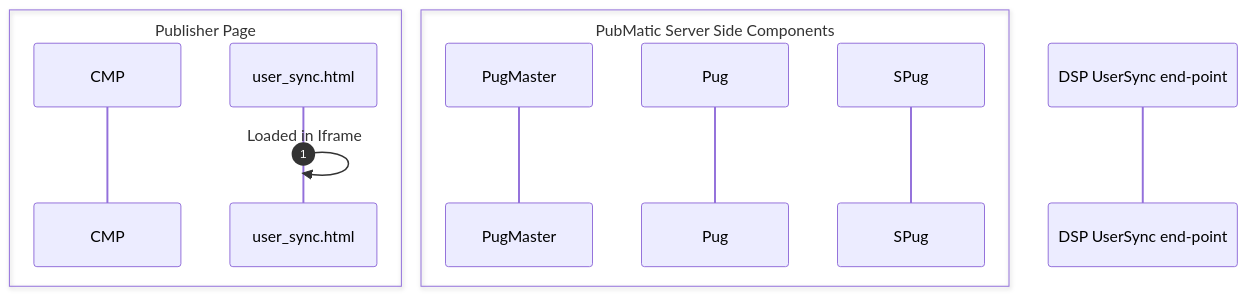
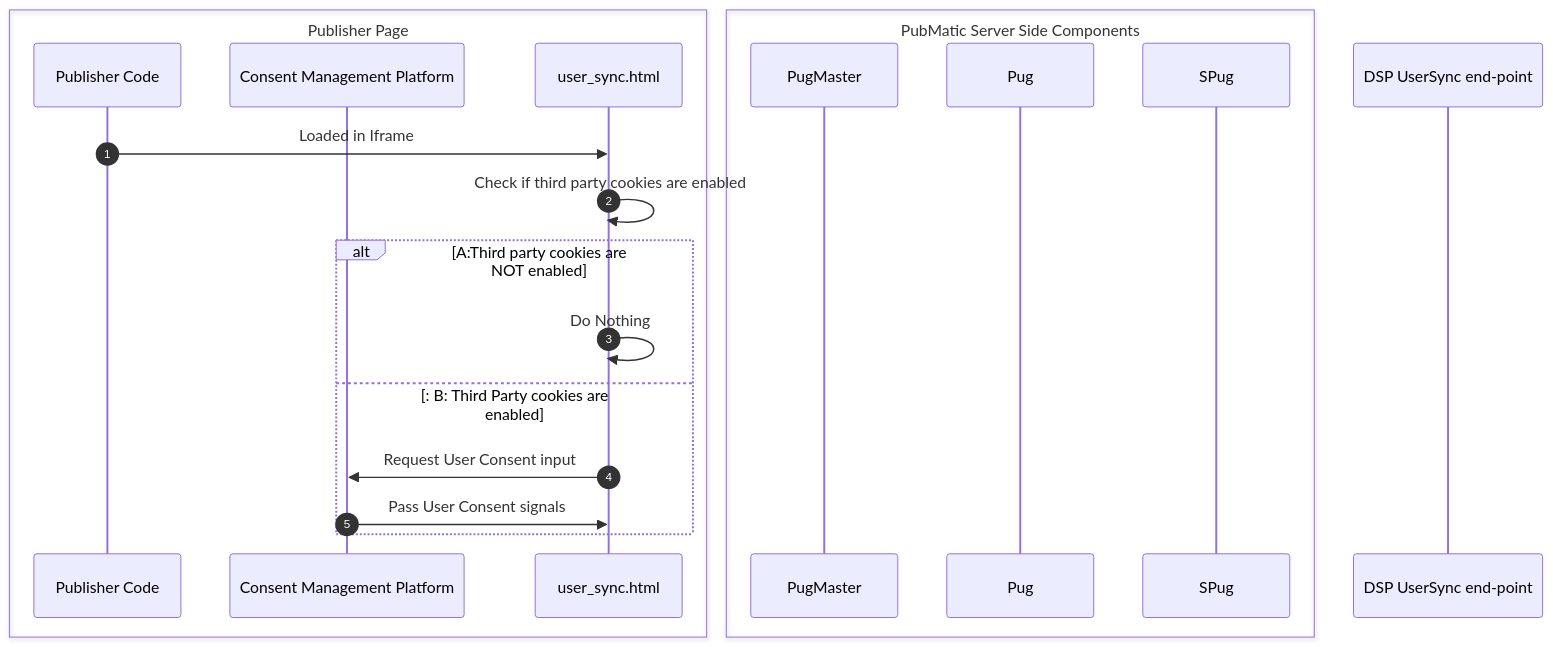
One commit to pm-harshad-mane/Diagrams changed the diagram in PubMaticUserSyncup_Iframe.md. Above: the diagram before and after it, drawn with Mermaid.

````diff
--- a/PubMaticUserSyncup_Iframe.md
+++ b/PubMaticUserSyncup_Iframe.md
@@ -3,17 +3,26 @@
 ```mermaid
 sequenceDiagram
     autonumber
     box Publisher Page
-    participant CMP
+    participant PubCode as Publisher Code
+    participant CMP as Consent Management Platform
     participant UserSync as user_sync.html
     end
     box PubMatic Server Side Components
     participant PugM as PugMaster
     participant Pug
     participant SPug
     end
     participant DSP as DSP UserSync end-point
 
-    UserSync->>UserSync: Loaded in Iframe
+    PubCode->>UserSync: Loaded in Iframe
+    UserSync->>UserSync: Check if third party cookies are enabled
+    alt A:Third party cookies are NOT enabled
+        UserSync->>UserSync: Do Nothing
+    else: B: Third Party cookies are enabled
+        UserSync->>CMP: Request User Consent input
+        CMP->>UserSync: Pass User Consent signals
+    end
+    
     
 ```
````
